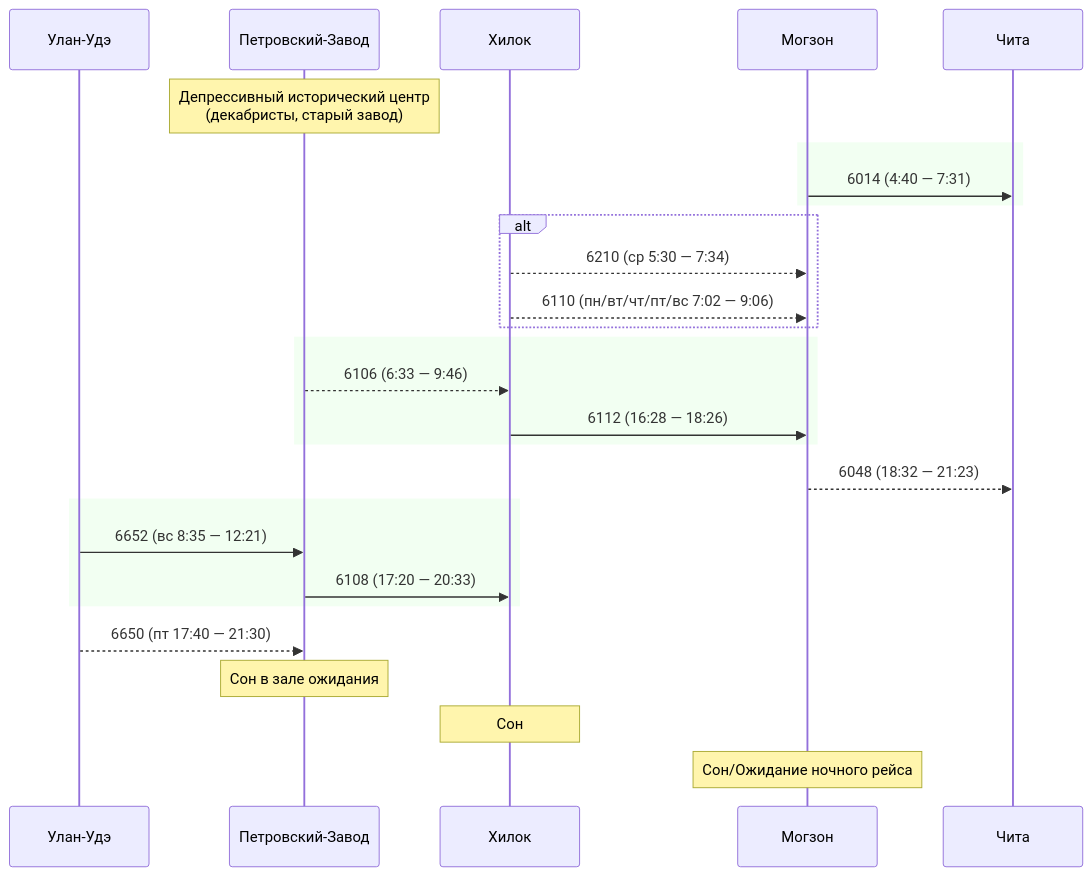
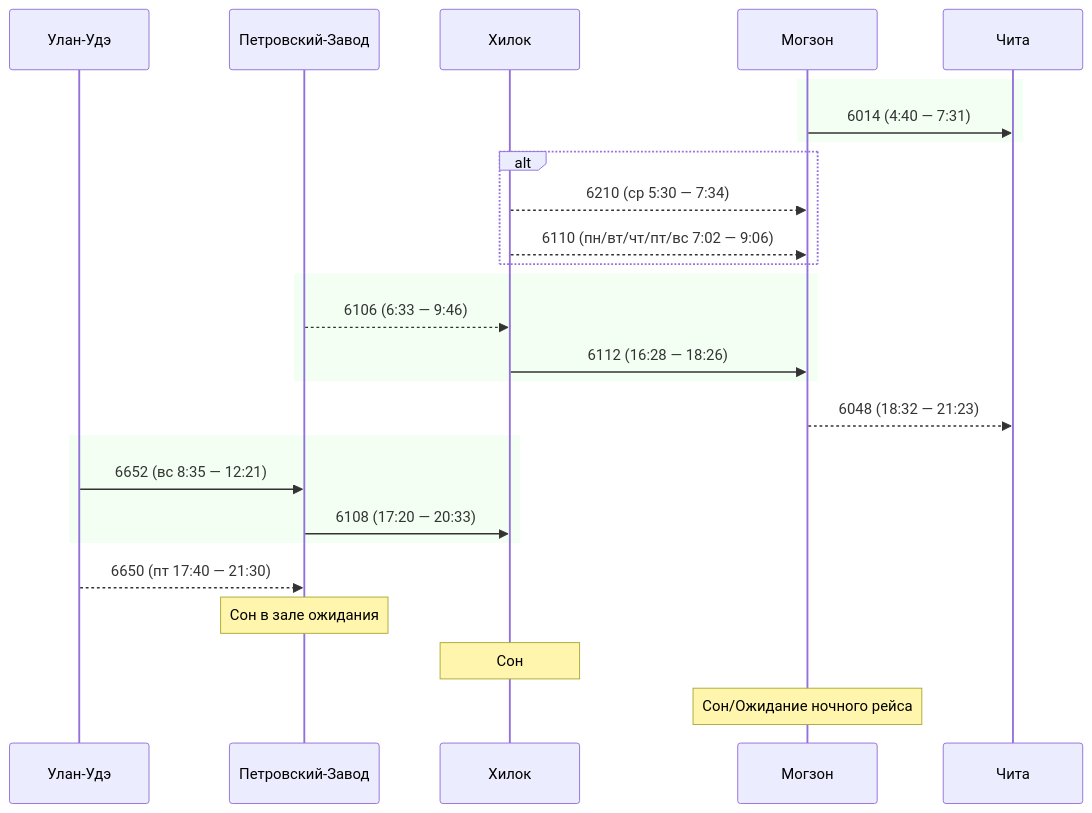
Diagram 13 of 14 in README.md (u0feff/Pezda), drawn with Mermaid before and after one commit. The commit also changed other lines of this file, not shown here.

````diff
--- a/README.md
+++ b/README.md
@@ -561,36 +635,34 @@
 ```mermaid
 sequenceDiagram
     participant Улан-Удэ
     participant Петровский-Завод
     participant Хилок
     participant Могзон
     participant Чита
-
-    Note over Петровский-Завод: Депрессивный исторический центр<br>(декабристы, старый завод)
 
     rect rgba(0, 255, 0, 0.05)
     Могзон->>Чита: 6014 (4:40 — 7:31)
     end
 
     alt
     Хилок-->>Могзон: 6210 (ср 5:30 — 7:34)
     Хилок-->>Могзон: 6110 (пн/вт/чт/пт/вс 7:02 — 9:06)
     end
 
     rect rgba(0, 255, 0, 0.05)
     Петровский-Завод-->>Хилок: 6106 (6:33 — 9:46)
     Хилок->>Могзон: 6112 (16:28 — 18:26)
     end
     Могзон-->>Чита: 6048 (18:32 — 21:23)
 
     rect rgba(0, 255, 0, 0.05)
     Улан-Удэ->>Петровский-Завод: 6652 (вс 8:35 — 12:21)
     Петровский-Завод->>Хилок: 6108 (17:20 — 20:33)
     end
 
     Улан-Удэ-->>Петровский-Завод: 6650 (пт 17:40 — 21:30)
 
     Note over Петровский-Завод: Сон в зале ожидания
     Note over Хилок: Сон
     Note over Могзон: Сон/Ожидание ночного рейса
 ```
````
